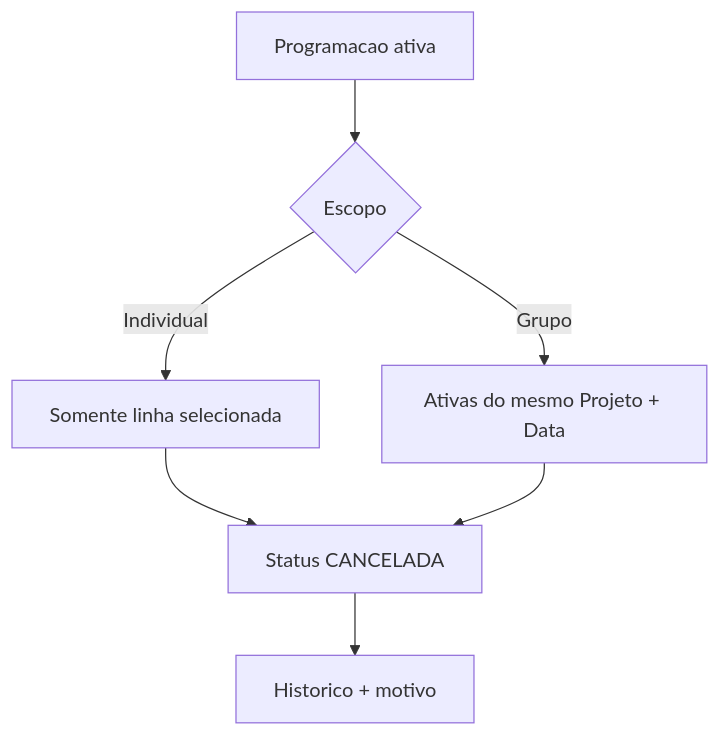
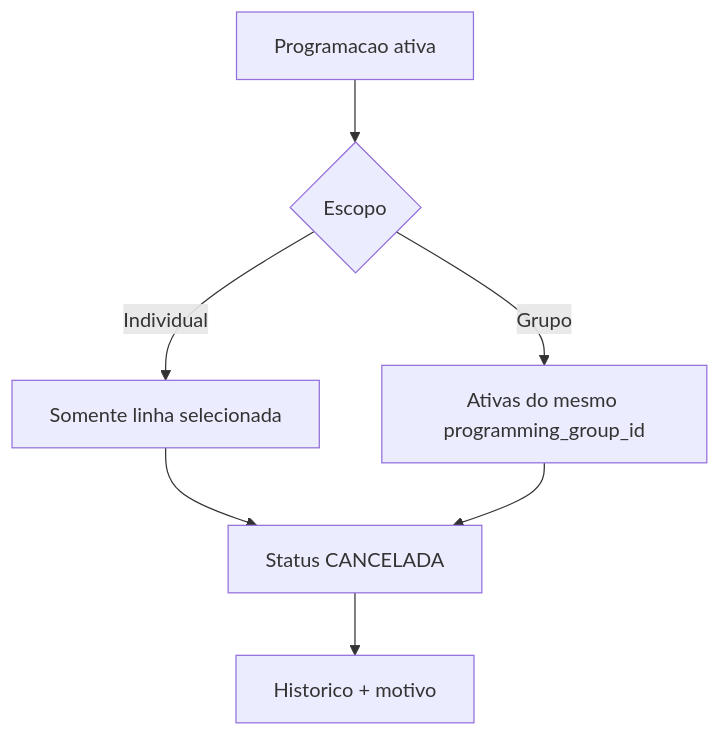
Before and after one commit to fabriciogama26/Indica-controle: the second of 3 diagrams in docs/Mapa_Regras_Programacao.md, drawn with Mermaid. The commit also changed other lines of this file and 16 other files, not shown here.

````diff
--- a/docs/Mapa_Regras_Programacao.md
+++ b/docs/Mapa_Regras_Programacao.md
@@ -374,9 +380,9 @@
 ```mermaid
 flowchart TD
   A[Programacao ativa] --> B{Escopo}
   B -->|Individual| C[Somente linha selecionada]
-  B -->|Grupo| D[Ativas do mesmo Projeto + Data]
+  B -->|Grupo| D[Ativas do mesmo programming_group_id]
   C --> E[Status CANCELADA]
   D --> E
   E --> F[Historico + motivo]
 ```
````
